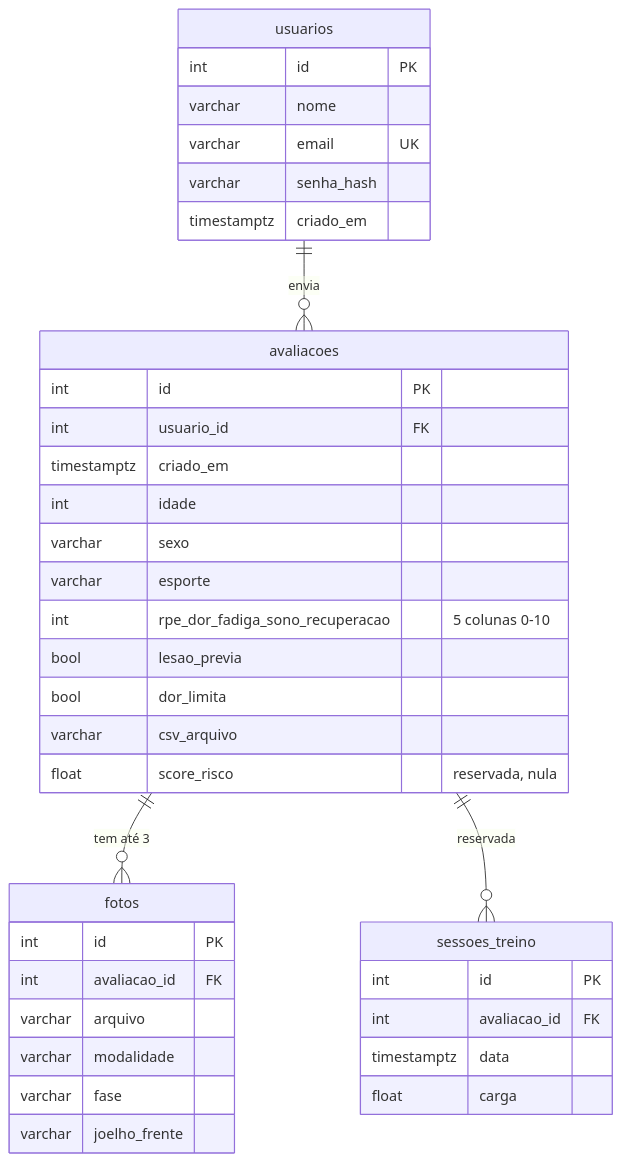
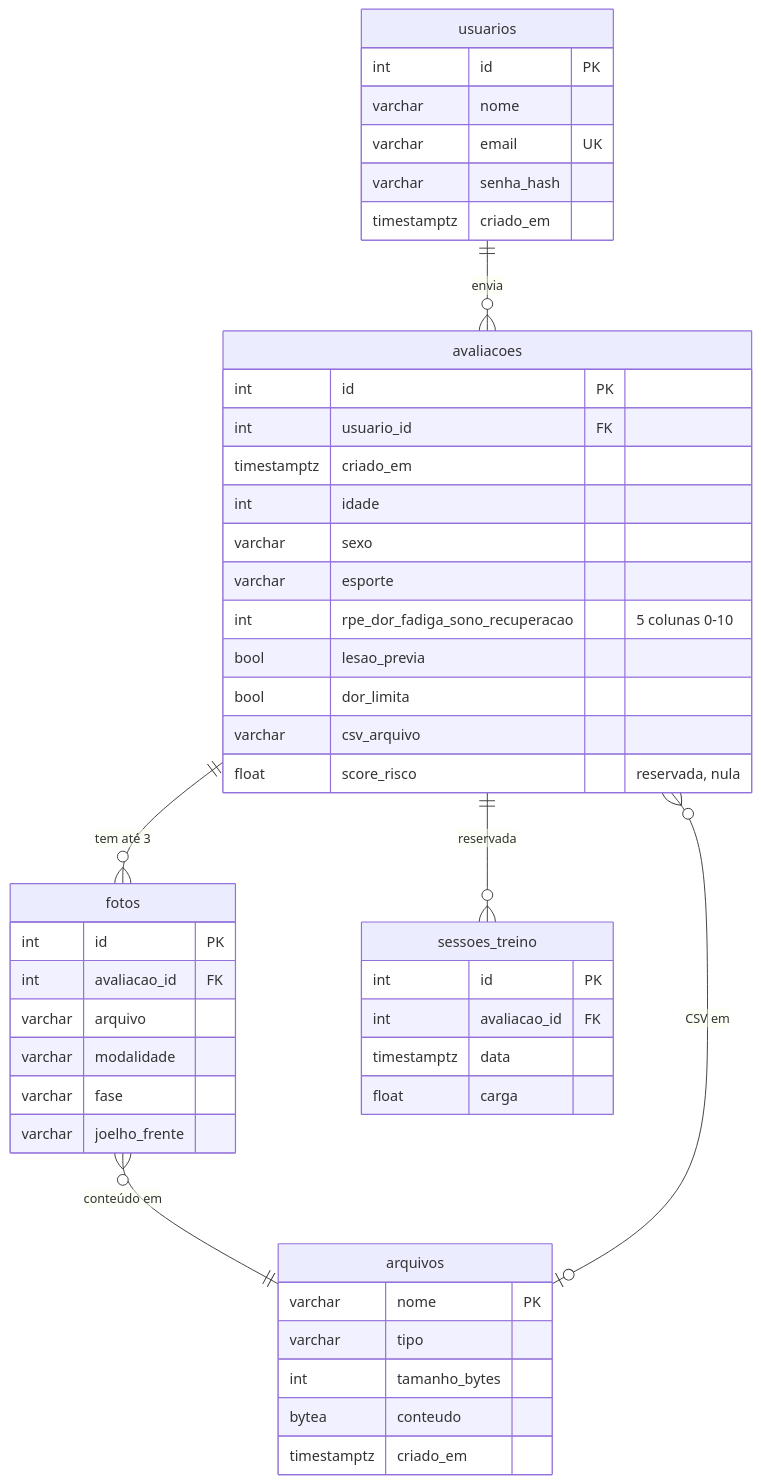
Before and after one commit to DaviMeiraV/Tcc-projeto: the diagram in docs/BANCO-DE-DADOS.md, drawn with Mermaid. The commit also changed other lines of this file and 12 other files, not shown here.

````diff
--- a/docs/BANCO-DE-DADOS.md
+++ b/docs/BANCO-DE-DADOS.md
@@ -13,41 +13,50 @@
 ```mermaid
 erDiagram
     usuarios ||--o{ avaliacoes : "envia"
     avaliacoes ||--o{ fotos : "tem até 3"
     avaliacoes ||--o{ sessoes_treino : "reservada"
+    fotos }o--|| arquivos : "conteúdo em"
+    avaliacoes }o--o| arquivos : "CSV em"
 
     usuarios {
         int id PK
         varchar nome
         varchar email UK
         varchar senha_hash
         timestamptz criado_em
     }
     avaliacoes {
         int id PK
         int usuario_id FK
         timestamptz criado_em
         int idade
         varchar sexo
         varchar esporte
         int rpe_dor_fadiga_sono_recuperacao "5 colunas 0-10"
         bool lesao_previa
         bool dor_limita
         varchar csv_arquivo
         float score_risco "reservada, nula"
     }
     fotos {
         int id PK
         int avaliacao_id FK
         varchar arquivo
         varchar modalidade
         varchar fase
         varchar joelho_frente
     }
     sessoes_treino {
         int id PK
         int avaliacao_id FK
         timestamptz data
         float carga
     }
+    arquivos {
+        varchar nome PK
+        varchar tipo
+        int tamanho_bytes
+        bytea conteudo
+        timestamptz criado_em
+    }
 ```
````
